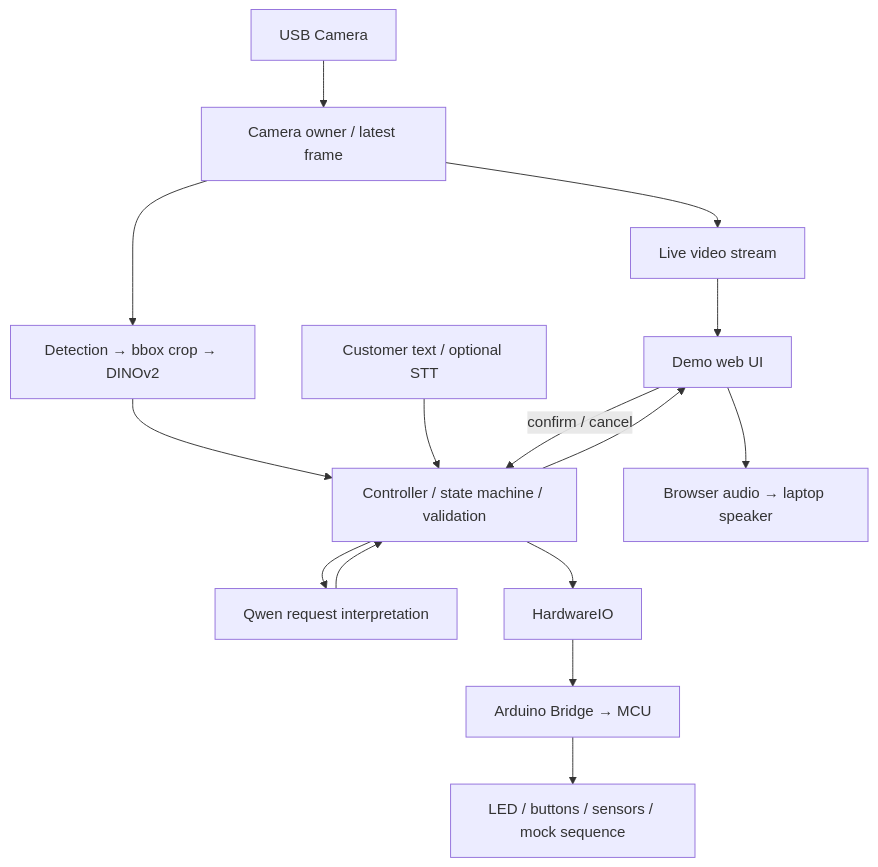
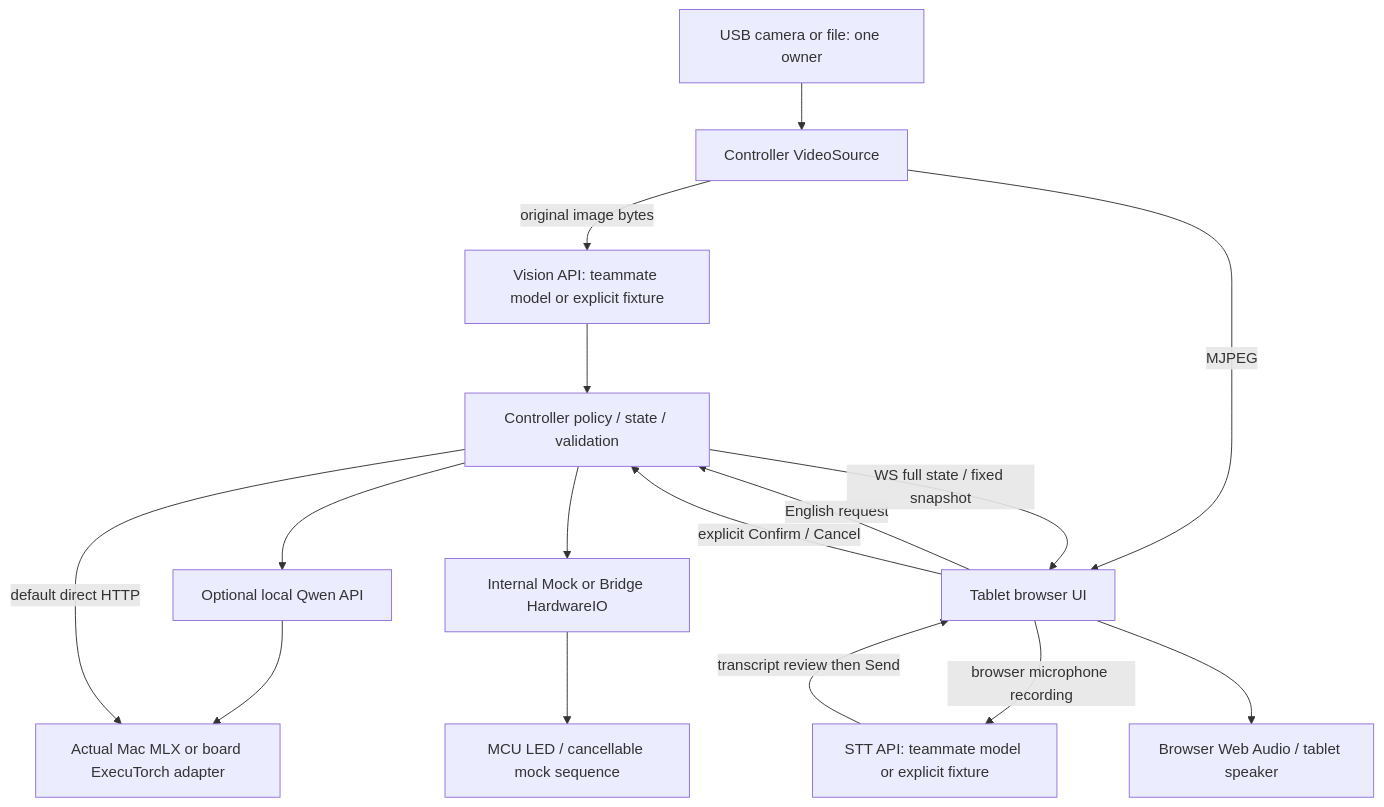
Before and after one commit to 1Park/hows-everything-so-far: the diagram in docs/ARCHITECTURE.md, drawn with Mermaid. The commit also changed other lines of this file and 84 other files, not shown here.

Commit message:
Implement pre-board Refill Assist services and tablet demo

````diff
--- a/docs/ARCHITECTURE.md
+++ b/docs/ARCHITECTURE.md
@@ -25,17 +13,18 @@
 ```mermaid
 flowchart TD
-    Camera[USB Camera] --> Capture[Camera owner / latest frame]
-    Capture --> Stream[Live video stream]
-    Capture --> Vision[Detection → bbox crop → DINOv2]
-    Vision --> Controller[Controller / state machine / validation]
-    Input[Customer text / optional STT] --> Controller
-    Controller --> Qwen[Qwen request interpretation]
-    Qwen --> Controller
-    Controller --> UI[Demo web UI]
-    Stream --> UI
-    UI -->|confirm / cancel| Controller
-    UI --> Audio[Browser audio → laptop speaker]
-    Controller --> Hardware[HardwareIO]
-    Hardware --> Bridge[Arduino Bridge → MCU]
-    Bridge --> Devices[LED / buttons / sensors / mock sequence]
+  Camera[USB camera or file: one owner] --> Media[Controller VideoSource]
+  Media -->|original image bytes| Vision[Vision API: teammate model or explicit fixture]
+  Media -->|MJPEG| UI[Tablet browser UI]
+  Vision --> Controller[Controller policy / state / validation]
+  UI -->|browser microphone recording| STT[STT API: teammate model or explicit fixture]
+  STT -->|transcript review then Send| UI
+  UI -->|English request| Controller
+  Controller --> Qwen[Optional local Qwen API]
+  Qwen --> MLX[Actual Mac MLX or board ExecuTorch adapter]
+  Controller -->|default direct HTTP| MLX
+  Controller -->|WS full state / fixed snapshot| UI
+  UI --> Speaker[Browser Web Audio / tablet speaker]
+  UI -->|explicit Confirm / Cancel| Controller
+  Controller --> Hardware[Internal Mock or Bridge HardwareIO]
+  Hardware --> MCU[MCU LED / cancellable mock sequence]
 ```
````
